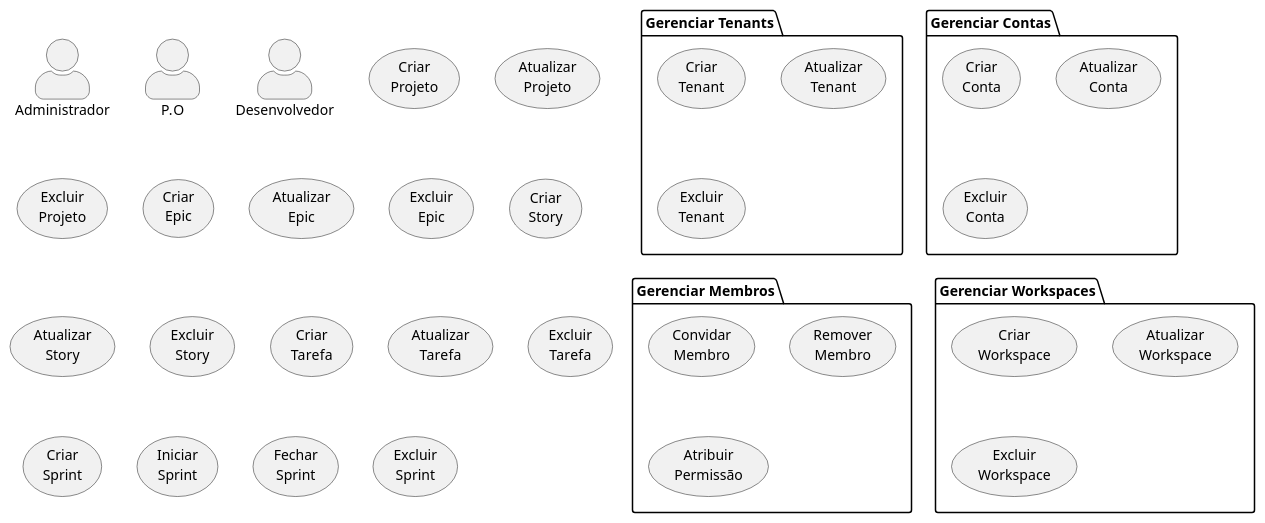
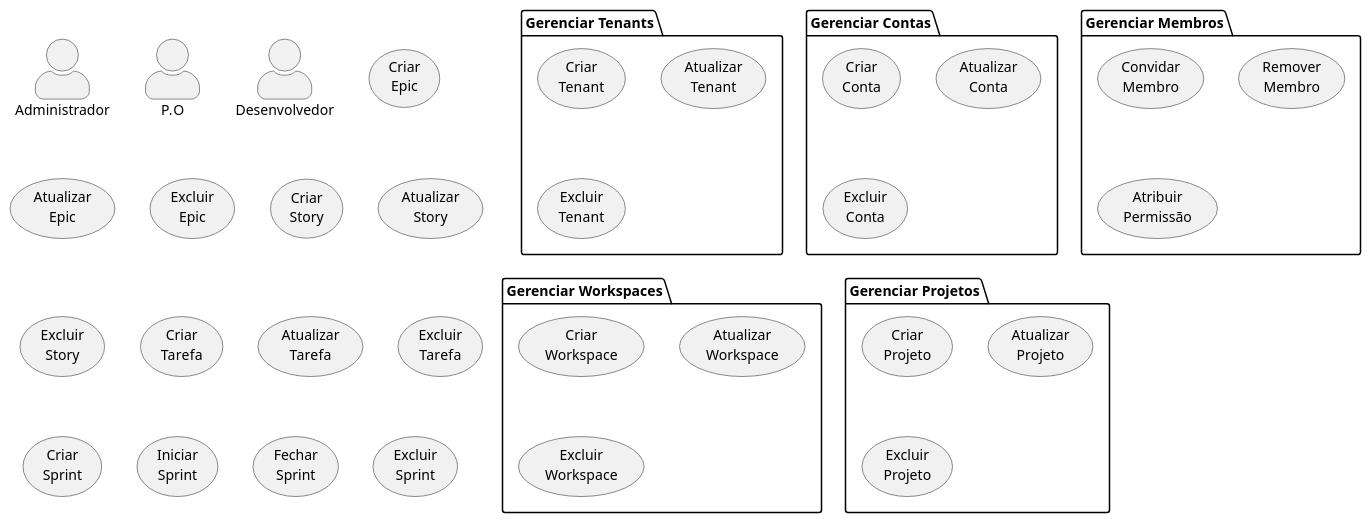
The diagram in use_case.plantuml (jairokoning/sprint_manager_uml), drawn with PlantUML before and after one commit.

Commit message:
feat: add use case package manage projects

```diff
--- a/use_case.plantuml
+++ b/use_case.plantuml
@@ -1,58 +1,59 @@
 @startuml ""
 ' http://www.plantuml.com/plantuml/uml/SoWkIImgAStDuUBISCiiAYvHA2rEJKuiJjNaqd3Coo_9I2s2YoWa5YjeX3eRQN91HHH2dOtXR0sVnEAIc3nanQ7E9bnS3gbvAI3p0G00
 skinparam TextAlign center
 skinparam actorStyle awesome
 
 actor Administrador as adm
 actor P.O as po
 actor Desenvolvedor as dev
 
 package "Gerenciar Tenants" {
   usecase "Criar\nTenant" as createTenant
   usecase "Atualizar\nTenant" as updateTenant
   usecase "Excluir\nTenant" as deleteTenant
 }
 
 package "Gerenciar Contas" {
   usecase "Criar\nConta" as createAccount
   usecase "Atualizar\nConta" as updateAccount
   usecase "Excluir\nConta" as deleteAccount
 }
 
 package "Gerenciar Membros" {
   usecase "Convidar\nMembro" as inviteMember
   usecase "Remover\nMembro" as removeMember
   usecase "Atribuir\nPermissão" as setPermission
 }
 
 package "Gerenciar Workspaces" {
   usecase "Criar\nWorkspace" as createWorkspace
   usecase "Atualizar\nWorkspace" as updateWorkspace
   usecase "Excluir\nWorkspace" as deleteWorkspace
 }
 
-usecase "Criar\nProjeto" as createProject
-usecase "Atualizar\nProjeto" as updateProject
-usecase "Excluir\nProjeto" as deleteProject
-
+package "Gerenciar Projetos" {
+  usecase "Criar\nProjeto" as createProject
+  usecase "Atualizar\nProjeto" as updateProject
+  usecase "Excluir\nProjeto" as deleteProject
+}
 usecase "Criar\nEpic" as createEpic
 usecase "Atualizar\nEpic" as updateEpic
 usecase "Excluir\nEpic" as deleteEpic
 
 usecase "Criar\nStory" as createStory
 usecase "Atualizar\nStory" as updateStory
 usecase "Excluir\nStory" as deleteStory
 
 usecase "Criar\nTarefa" as createTask
 usecase "Atualizar\nTarefa" as updateTask
 usecase "Excluir\nTarefa" as deleteTask
 
 usecase "Criar\nSprint" as createSprint
 usecase "Iniciar\nSprint" as openSprint
 usecase "Fechar\nSprint" as closeSprint
 usecase "Excluir\nSprint" as deleteSprint
 
 'Quando concluir todas tarefas de um recurso, deve automaticamente concluir o Recurso, e quando concluir todos os recursos de Epic, deve concluir o Epi
 'Criar um grafico de gantt baseado nas tarefas
 
 @enduml
```
